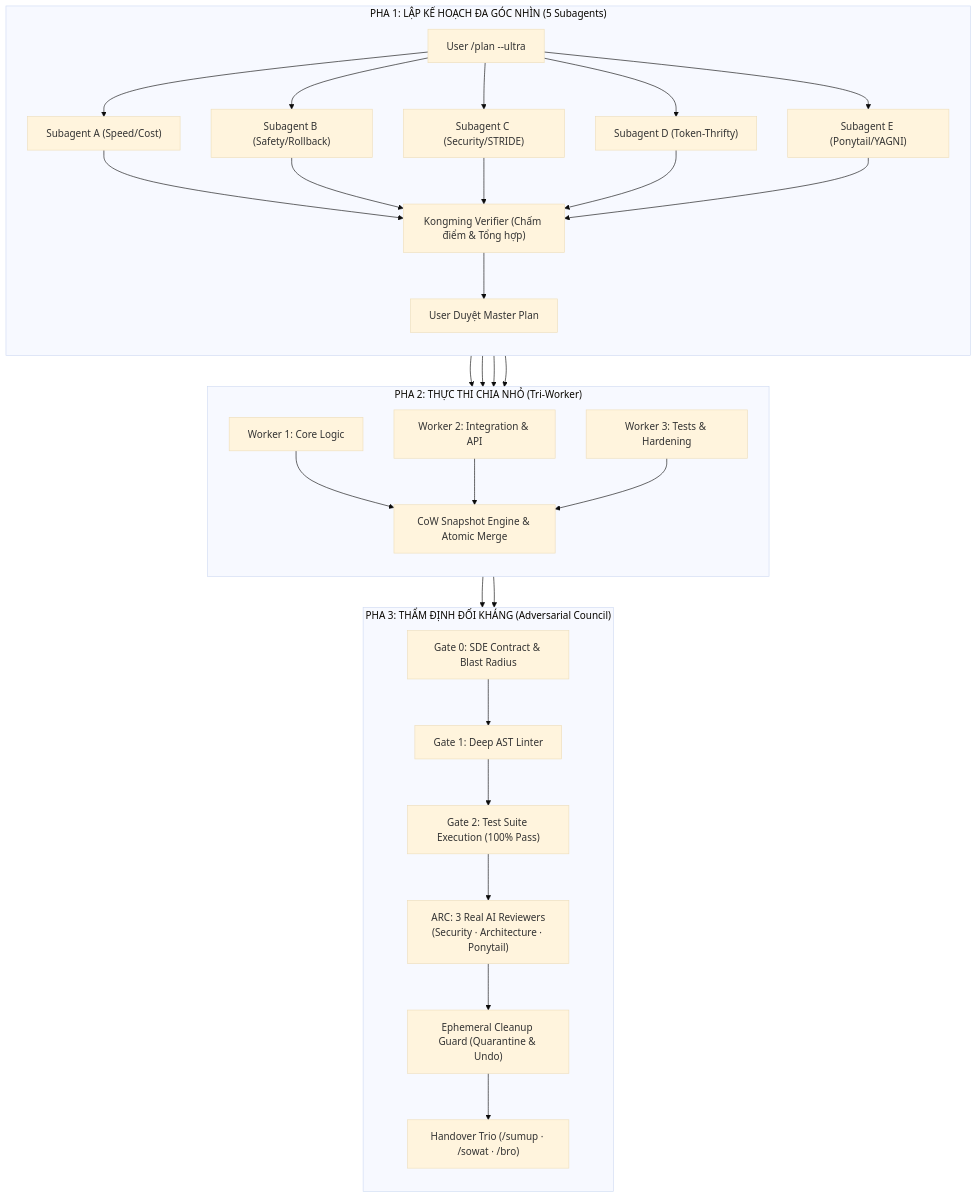
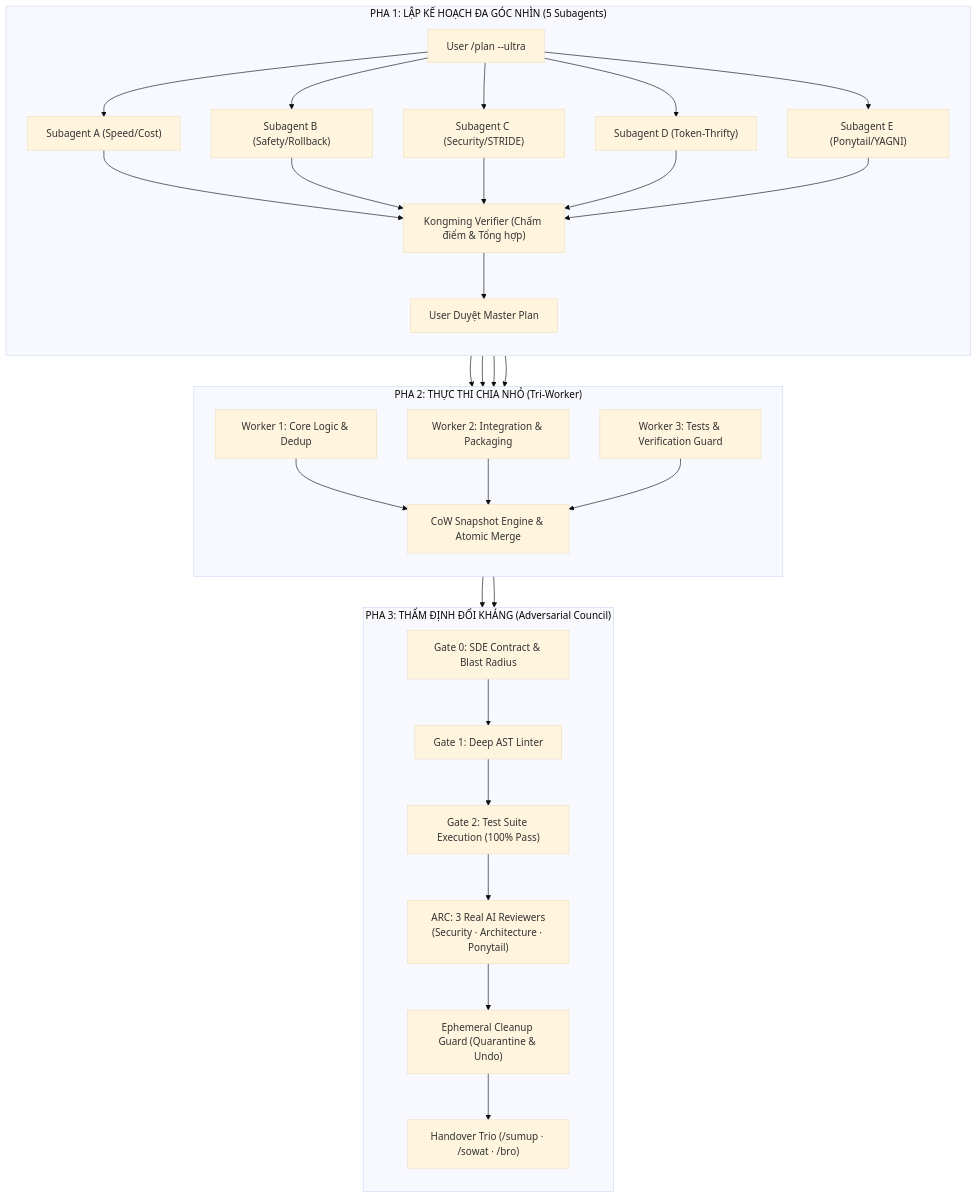
The diagram in README.md (vanlinh0392-art/agentkit-dual-control), drawn with Mermaid (base theme) before and after one commit. The commit also changed other lines of this file and 5051 other files, not shown here.

````diff
--- a/README.md
+++ b/README.md
@@ -77,34 +128,34 @@
 ```mermaid
 flowchart TD
     subgraph Phase1["PHA 1: LẬP KẾ HOẠCH ĐA GÓC NHÌN (5 Subagents)"]
         direction TB
         P["User /plan --ultra"] --> S1["Subagent A (Speed/Cost)"]
         P --> S2["Subagent B (Safety/Rollback)"]
         P --> S3["Subagent C (Security/STRIDE)"]
         P --> S4["Subagent D (Token-Thrifty)"]
         P --> S5["Subagent E (Ponytail/YAGNI)"]
         S1 & S2 & S3 & S4 & S5 --> KV["Kongming Verifier (Chấm điểm & Tổng hợp)"]
         KV --> AP["User Duyệt Master Plan"]
     end
 
     subgraph Phase2["PHA 2: THỰC THI CHIA NHỎ (Tri-Worker)"]
         direction TB
-        AP --> W1["Worker 1: Core Logic"]
-        AP --> W2["Worker 2: Integration & API"]
-        AP --> W3["Worker 3: Tests & Hardening"]
+        AP --> W1["Worker 1: Core Logic & Dedup"]
+        AP --> W2["Worker 2: Integration & Packaging"]
+        AP --> W3["Worker 3: Tests & Verification Guard"]
         W1 & W2 & W3 --> CoW["CoW Snapshot Engine & Atomic Merge"]
     end
 
     subgraph Phase3["PHA 3: THẨM ĐỊNH ĐỐI KHÁNG (Adversarial Council)"]
         direction TB
         CoW --> G0["Gate 0: SDE Contract & Blast Radius"]
         G0 --> G1["Gate 1: Deep AST Linter"]
         G1 --> G2["Gate 2: Test Suite Execution (100% Pass)"]
         G2 --> ARC["ARC: 3 Real AI Reviewers<br/>(Security · Architecture · Ponytail)"]
         ARC --> CG["Ephemeral Cleanup Guard (Quarantine & Undo)"]
         CG --> HD["Handover Trio (/sumup · /sowat · /bro)"]
     end
 
     Phase1 --> Phase2
     Phase2 --> Phase3
 ```
````
